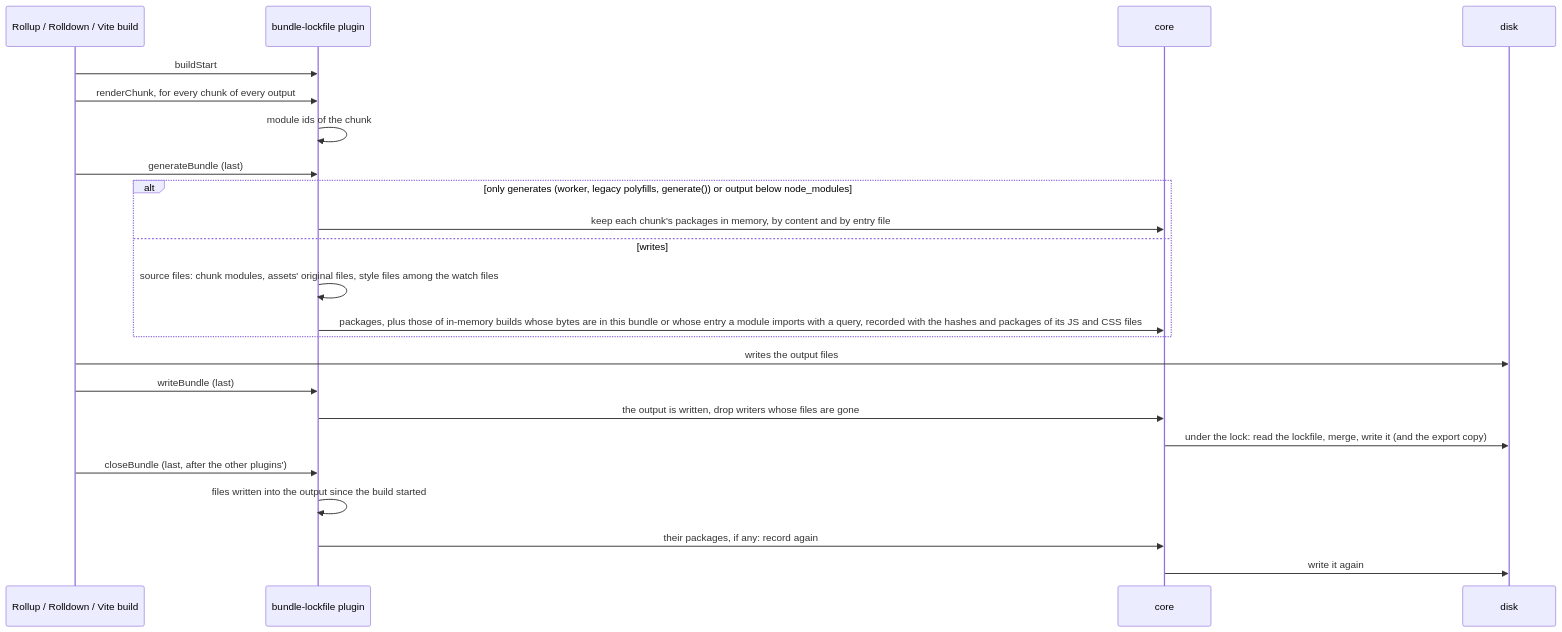
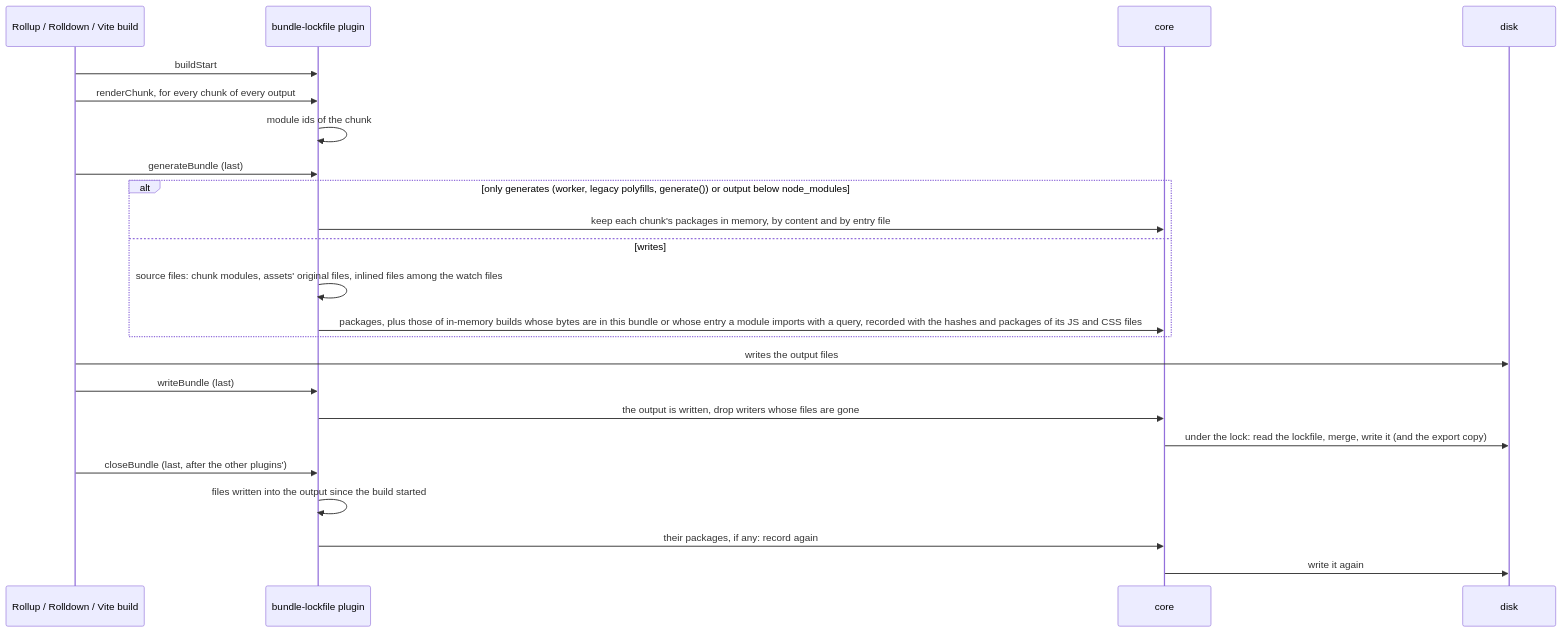
One commit to toabctl/bundle-lockfile changed the third of 6 diagrams in docs/internals.md. Above: the diagram before and after it, drawn with Mermaid. The commit also changed other lines of this file and 29 other files, not shown here.

````diff
--- a/docs/internals.md
+++ b/docs/internals.md
@@ -72,25 +72,25 @@
 ```mermaid
 sequenceDiagram
   participant B as Rollup / Rolldown / Vite build
   participant P as bundle-lockfile plugin
   participant C as core
   participant D as disk
   B->>P: buildStart
   B->>P: renderChunk, for every chunk of every output
   P->>P: module ids of the chunk
   B->>P: generateBundle (last)
   alt only generates (worker, legacy polyfills, generate()) or output below node_modules
     P->>C: keep each chunk's packages in memory, by content and by entry file
   else writes
-    P->>P: source files: chunk modules, assets' original files, style files among the watch files
+    P->>P: source files: chunk modules, assets' original files, inlined files among the watch files
     P->>C: packages, plus those of in-memory builds whose bytes are in this bundle or whose entry a module imports with a query, recorded with the hashes and packages of its JS and CSS files
   end
   B->>D: writes the output files
   B->>P: writeBundle (last)
   P->>C: the output is written, drop writers whose files are gone
   C->>D: under the lock: read the lockfile, merge, write it (and the export copy)
   B->>P: closeBundle (last, after the other plugins')
   P->>P: files written into the output since the build started
   P->>C: their packages, if any: record again
   C->>D: write it again
 ```
````
